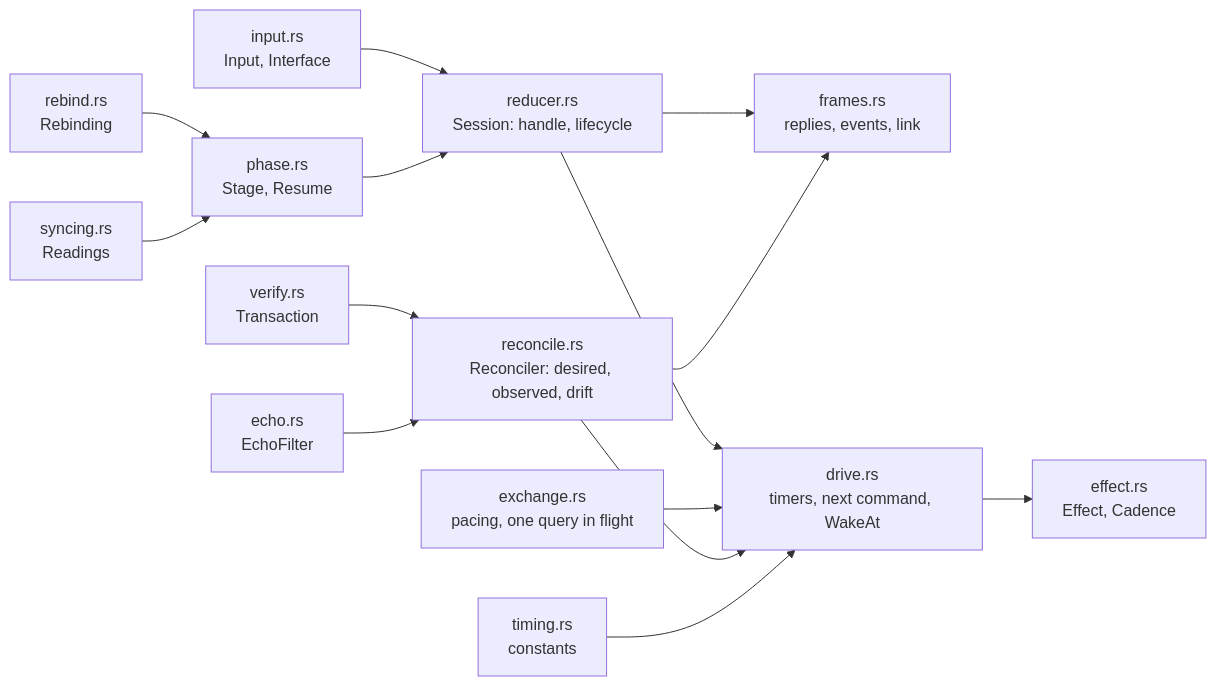
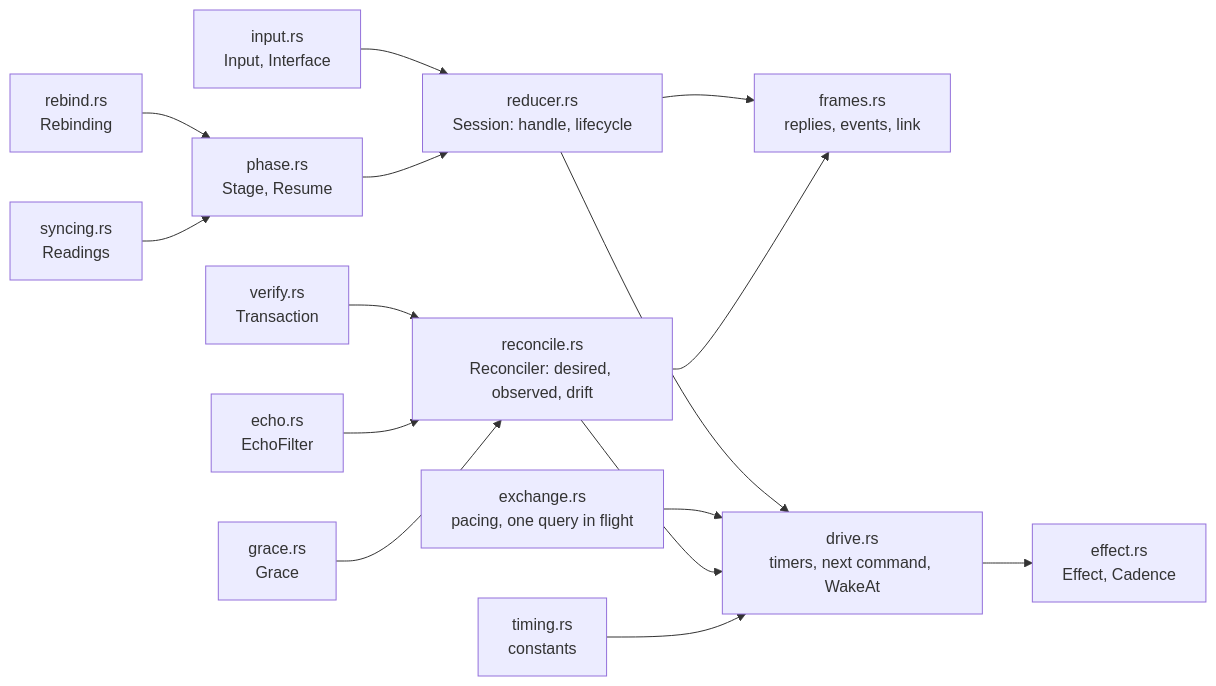
Before and after one commit to marcelogm/arctis-companion: the first of 5 diagrams in docs/architecture/session.md, drawn with Mermaid. The commit also changed other lines of this file and 8 other files, not shown here.

````diff
--- a/docs/architecture/session.md
+++ b/docs/architecture/session.md
@@ -11,16 +11,17 @@
 ```mermaid
 flowchart LR
     input["input.rs<br/>Input, Interface"] --> reducer["reducer.rs<br/>Session: handle, lifecycle"]
     reducer --> frames["frames.rs<br/>replies, events, link"]
     reducer --> drive["drive.rs<br/>timers, next command, WakeAt"]
     phase["phase.rs<br/>Stage, Resume"] --> reducer
     rebind["rebind.rs<br/>Rebinding"] --> phase
     syncing["syncing.rs<br/>Readings"] --> phase
     exchange["exchange.rs<br/>pacing, one query in flight"] --> drive
     verify["verify.rs<br/>Transaction"] --> reconcile["reconcile.rs<br/>Reconciler: desired, observed, drift"]
     echo["echo.rs<br/>EchoFilter"] --> reconcile
+    grace["grace.rs<br/>Grace"] --> reconcile
     reconcile --> drive
     reconcile --> frames
     timing["timing.rs<br/>constants"] --> drive
     drive --> effect["effect.rs<br/>Effect, Cadence"]
 ```
````
